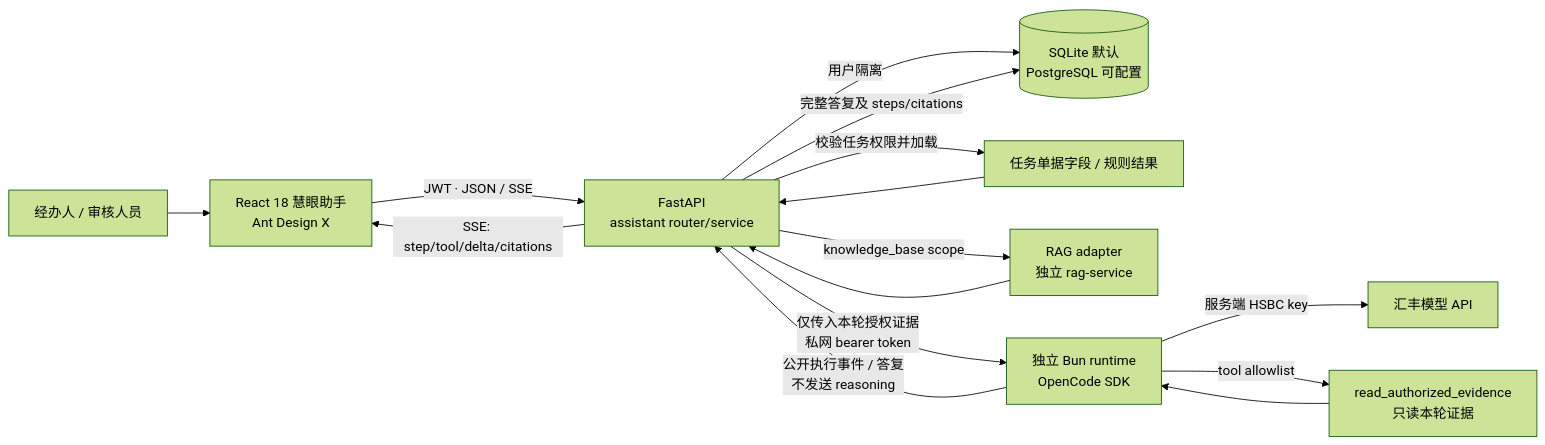
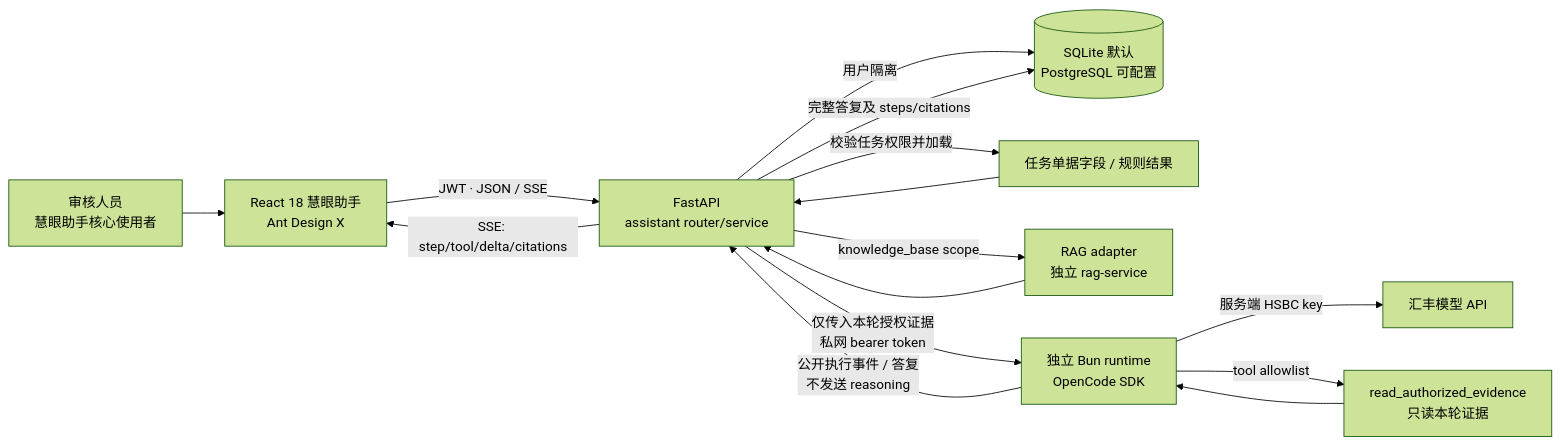
One commit to HBCN-AI-Campaign/HBCN-AI-Campaign-Team8 changed the first of 3 diagrams in docs/ai-assistant/README.md. Above: the diagram before and after it, drawn with Mermaid (forest theme). The commit also changed other lines of this file and 1 other file, not shown here.

````diff
--- a/docs/ai-assistant/README.md
+++ b/docs/ai-assistant/README.md
@@ -42,17 +54,17 @@
 ```mermaid
 flowchart LR
-  U[经办人 / 审核人员] --> UI[React 18 慧眼助手<br/>Ant Design X]
+  U[审核人员<br/>慧眼助手核心使用者] --> UI[React 18 慧眼助手<br/>Ant Design X]
   UI -->|JWT · JSON / SSE| API[FastAPI<br/>assistant router/service]
   API -->|用户隔离| DB[(SQLite 默认<br/>PostgreSQL 可配置)]
   API -->|校验任务权限并加载| TASK[任务单据字段 / 规则结果]
   API -->|knowledge_base scope| RAG[RAG adapter<br/>独立 rag-service]
   API -->|仅传入本轮授权证据<br/>私网 bearer token| RT[独立 Bun runtime<br/>OpenCode SDK]
   RT -->|服务端 HSBC key| HSBC[汇丰模型 API]
   RT -->|tool allowlist| TOOL[read_authorized_evidence<br/>只读本轮证据]
   TASK --> API
   RAG --> API
   TOOL --> RT
   RT -->|公开执行事件 / 答复<br/>不发送 reasoning| API
   API -->|SSE: step/tool/delta/citations| UI
   API -->|完整答复及 steps/citations| DB
 ```
````
